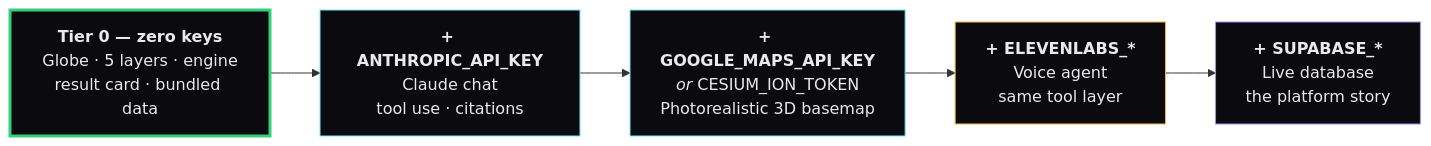
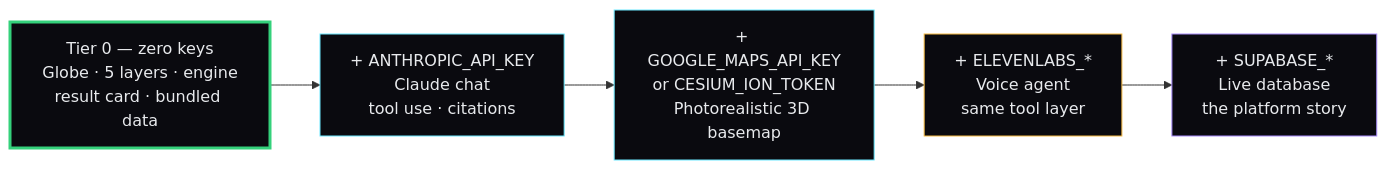
The first of 6 diagrams in README.md (Chrisleo-16/terramavuno-jice), drawn with Mermaid before and after one commit. The commit also changed other lines of this file and 5 other files, not shown here.

First line of the commit message:
fix: make ward boundaries legible, lint mermaid for GitHub, add presentation script

````diff
--- a/README.md
+++ b/README.md
@@ -175,16 +175,16 @@
 ```mermaid
 graph LR
-    T0["<b>Tier 0 — zero keys</b><br/>Globe · 5 layers · engine<br/>result card · bundled data"]
-    T1["<b>+ ANTHROPIC_API_KEY</b><br/>Claude chat<br/>tool use · citations"]
-    T2["<b>+ GOOGLE_MAPS_API_KEY</b><br/><i>or</i> CESIUM_ION_TOKEN<br/>Photorealistic 3D basemap"]
-    T3["<b>+ ELEVENLABS_*</b><br/>Voice agent<br/>same tool layer"]
-    T4["<b>+ SUPABASE_*</b><br/>Live database<br/>the platform story"]
+    T0["Tier 0 — zero keys<br/>Globe · 5 layers · engine<br/>result card · bundled data"]
+    T1["+ ANTHROPIC_API_KEY<br/>Claude chat<br/>tool use · citations"]
+    T2["+ GOOGLE_MAPS_API_KEY<br/>or CESIUM_ION_TOKEN<br/>Photorealistic 3D basemap"]
+    T3["+ ELEVENLABS_*<br/>Voice agent<br/>same tool layer"]
+    T4["+ SUPABASE_*<br/>Live database<br/>the platform story"]
 
     T0 --> T1 --> T2 --> T3 --> T4
 
     style T0 fill:#0a0a0f,stroke:#34d17b,stroke-width:3px,color:#e8eaed
     style T1 fill:#0a0a0f,stroke:#6be8ff,color:#e8eaed
     style T2 fill:#0a0a0f,stroke:#6be8ff,color:#e8eaed
     style T3 fill:#0a0a0f,stroke:#f5b942,color:#e8eaed
     style T4 fill:#0a0a0f,stroke:#a78bfa,color:#e8eaed
 ```
````
